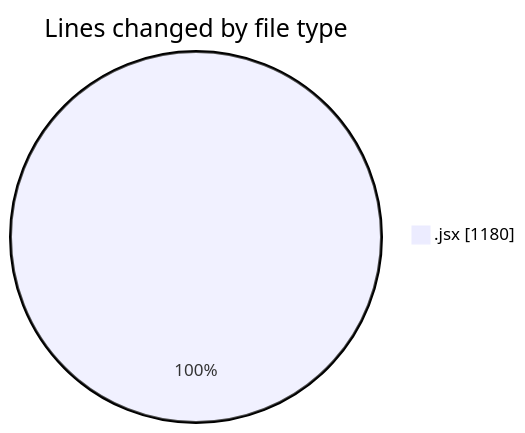
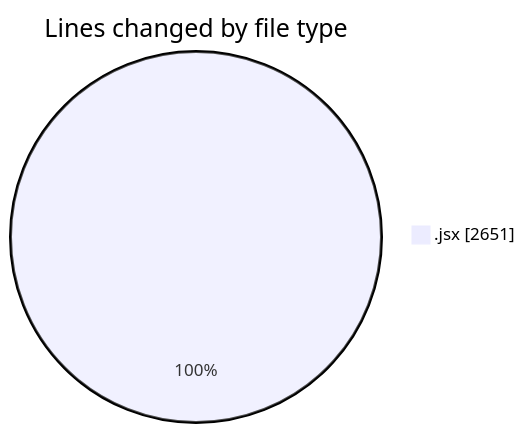
Before and after one commit to nxtqubesakshisongat/code-tracking: the first of 2 diagrams in 2025-07-24/nxtqube_webapp/README.md, drawn with Mermaid. The commit also changed other lines of this file and 1 other file, not shown here.

````diff
--- a/2025-07-24/nxtqube_webapp/README.md
+++ b/2025-07-24/nxtqube_webapp/README.md
@@ -23,5 +24,5 @@
 ```mermaid
 pie showData
 title Lines changed by file type
-".jsx" : 1180
+".jsx" : 2651
 ```
````
